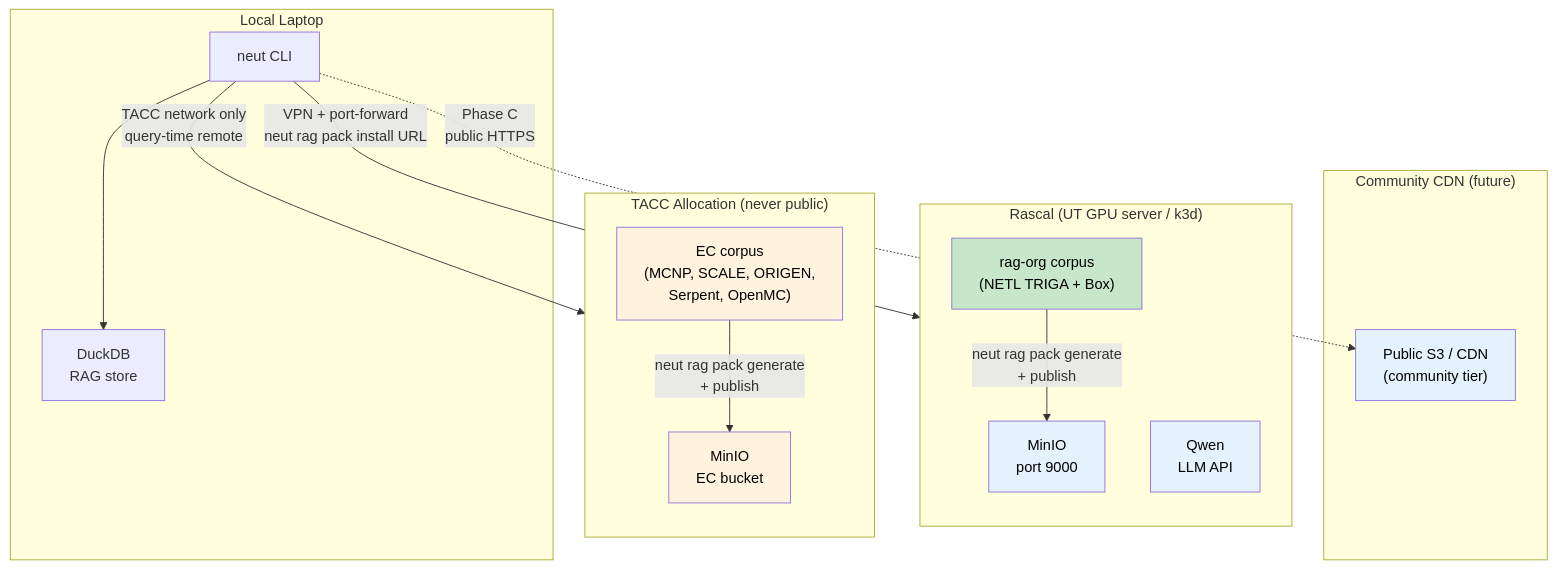
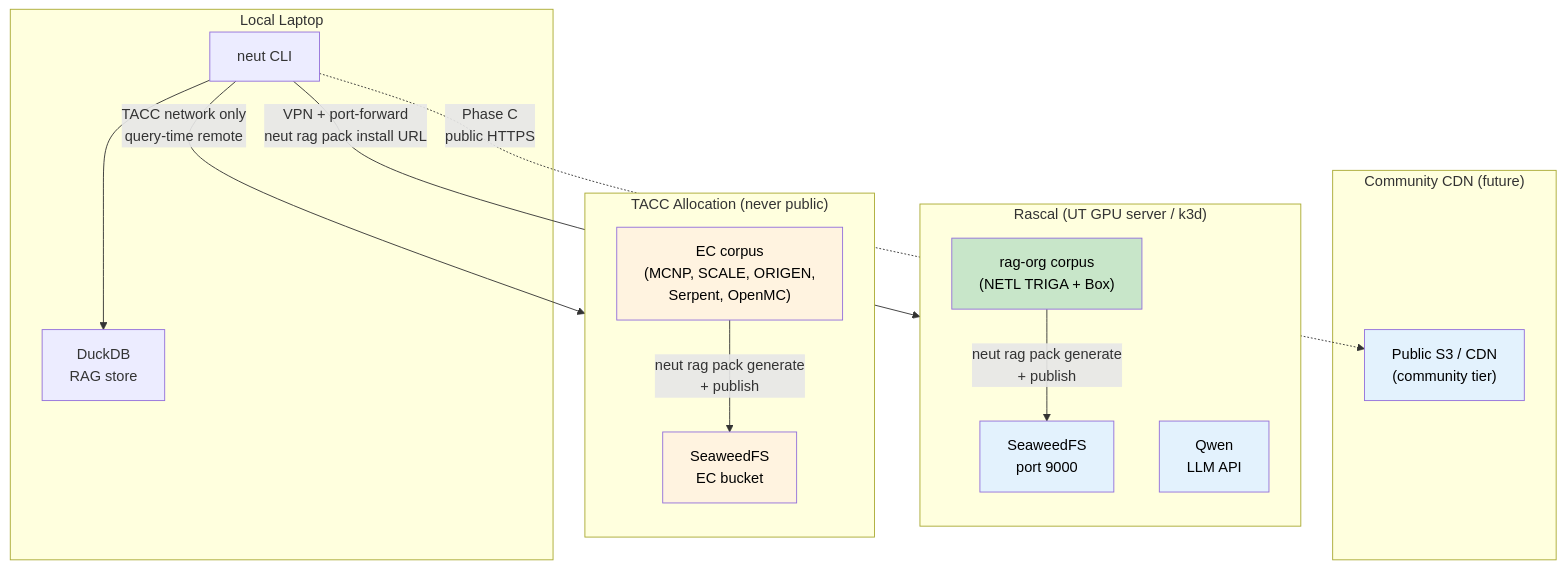
One commit to benjaminbooth/neutron-os-core changed the diagram in docs/requirements/prd-rag-pack-server.md. Above: the diagram before and after it, drawn with Mermaid. The commit also changed other lines of this file and 20 other files, not shown here.

````diff
--- a/docs/requirements/prd-rag-pack-server.md
+++ b/docs/requirements/prd-rag-pack-server.md
@@ -210,37 +210,37 @@
 ```mermaid
 flowchart TB
     subgraph Local["Local Laptop"]
         CLI["neut CLI"]
         DDB["DuckDB\nRAG store"]
     end
 
     subgraph Rascal["Rascal (UT GPU server / k3d)"]
         direction TB
-        MinIO_R["MinIO\nport 9000"]
+        SeaweedFS_R["SeaweedFS\nport 9000"]
         Qwen["Qwen\nLLM API"]
         CorpusR["rag-org corpus\n(NETL TRIGA + Box)"]
-        style MinIO_R fill:#e3f2fd,color:#000000
+        style SeaweedFS_R fill:#e3f2fd,color:#000000
         style Qwen fill:#e3f2fd,color:#000000
         style CorpusR fill:#c8e6c9,color:#000000
     end
 
     subgraph TACC["TACC Allocation (never public)"]
         direction TB
-        MinIO_T["MinIO\nEC bucket"]
+        SeaweedFS_T["SeaweedFS\nEC bucket"]
         CorpusT["EC corpus\n(MCNP, SCALE, ORIGEN,\nSerpent, OpenMC)"]
-        style MinIO_T fill:#fff3e0,color:#000000
+        style SeaweedFS_T fill:#fff3e0,color:#000000
         style CorpusT fill:#fff3e0,color:#000000
     end
 
     subgraph CDN["Community CDN (future)"]
         S3["Public S3 / CDN\n(community tier)"]
         style S3 fill:#e3f2fd,color:#000000
     end
 
-    CLI -->|"VPN + port-forward\nneut rag pack install URL"| MinIO_R
-    CLI -->|"TACC network only\nquery-time remote"| MinIO_T
+    CLI -->|"VPN + port-forward\nneut rag pack install URL"| SeaweedFS_R
+    CLI -->|"TACC network only\nquery-time remote"| SeaweedFS_T
     CLI -.->|"Phase C\npublic HTTPS"| S3
     CLI --> DDB
-    CorpusR -->|"neut rag pack generate\n+ publish"| MinIO_R
-    CorpusT -->|"neut rag pack generate\n+ publish"| MinIO_T
+    CorpusR -->|"neut rag pack generate\n+ publish"| SeaweedFS_R
+    CorpusT -->|"neut rag pack generate\n+ publish"| SeaweedFS_T
 ```
````
